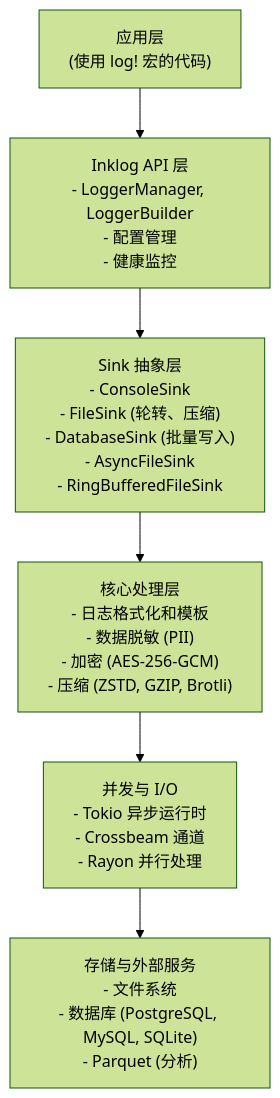
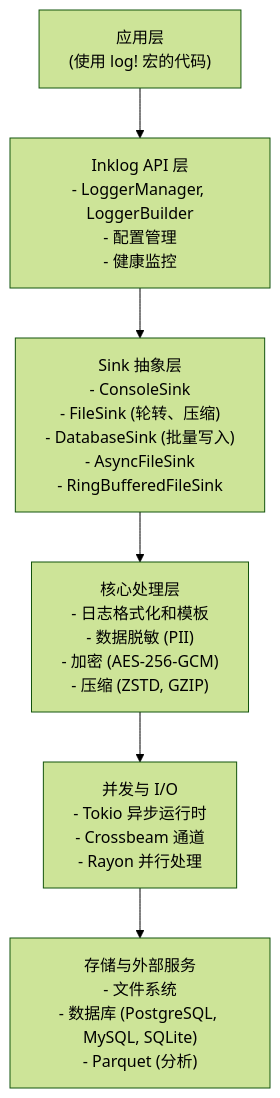
The diagram in README.md (Kirky-X/inklog), drawn with Mermaid (forest theme) before and after one commit. The commit also changed other lines of this file and 10 other files, not shown here.

````diff
--- a/README.md
+++ b/README.md
@@ -644,11 +645,11 @@
 ```mermaid
 flowchart TD
     App["应用层<br/>(使用 log! 宏的代码)"]
     API["Inklog API 层<br/>- LoggerManager, LoggerBuilder<br/>- 配置管理<br/>- 健康监控"]
     Sink["Sink 抽象层<br/>- ConsoleSink<br/>- FileSink (轮转、压缩)<br/>- DatabaseSink (批量写入)<br/>- AsyncFileSink<br/>- RingBufferedFileSink"]
-    Core["核心处理层<br/>- 日志格式化和模板<br/>- 数据脱敏 (PII)<br/>- 加密 (AES-256-GCM)<br/>- 压缩 (ZSTD, GZIP, Brotli)"]
+    Core["核心处理层<br/>- 日志格式化和模板<br/>- 数据脱敏 (PII)<br/>- 加密 (AES-256-GCM)<br/>- 压缩 (ZSTD, GZIP)"]
     IO["并发与 I/O<br/>- Tokio 异步运行时<br/>- Crossbeam 通道<br/>- Rayon 并行处理"]
     Store["存储与外部服务<br/>- 文件系统<br/>- 数据库 (PostgreSQL, MySQL, SQLite)<br/>- Parquet (分析)"]
 
     App --> API --> Sink --> Core --> IO --> Store
 ```
````
